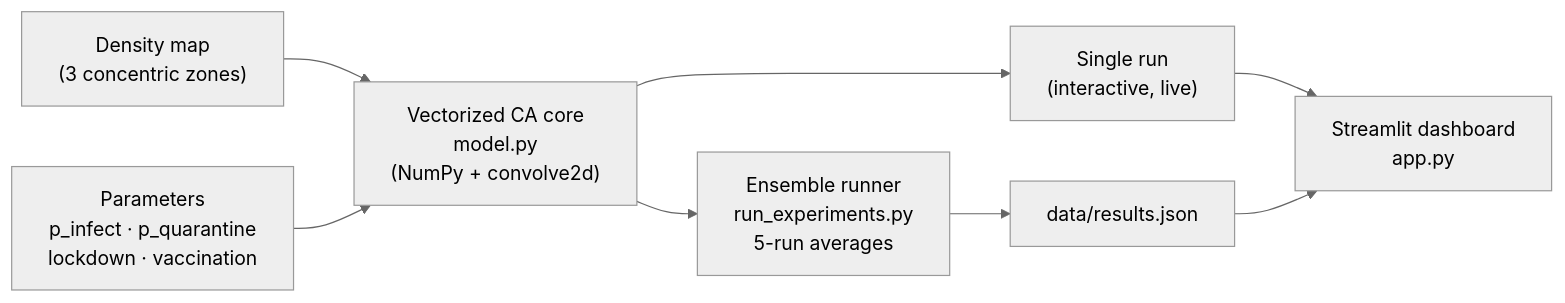
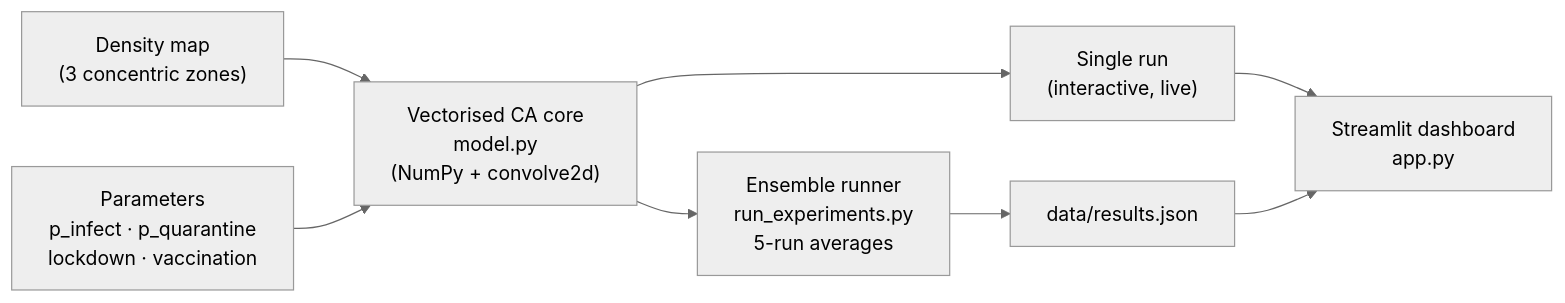
One commit to ethanbuckley/EpidemicCellularAutomata changed the diagram in README.md. Above: the diagram before and after it, drawn with Mermaid (neutral theme). The commit also changed other lines of this file, not shown here.

````diff
--- a/README.md
+++ b/README.md
@@ -24,11 +24,11 @@
 ```mermaid
 flowchart LR
     A["Density map\n(3 concentric zones)"] --> C
     B["Parameters\np_infect · p_quarantine\nlockdown · vaccination"] --> C
-    C["Vectorized CA core\nmodel.py\n(NumPy + convolve2d)"]
+    C["Vectorised CA core\nmodel.py\n(NumPy + convolve2d)"]
     C --> D["Single run\n(interactive, live)"]
     C --> E["Ensemble runner\nrun_experiments.py\n5-run averages"]
     E --> F["data/results.json"]
     D --> G["Streamlit dashboard\napp.py"]
     F --> G
 ```
````
